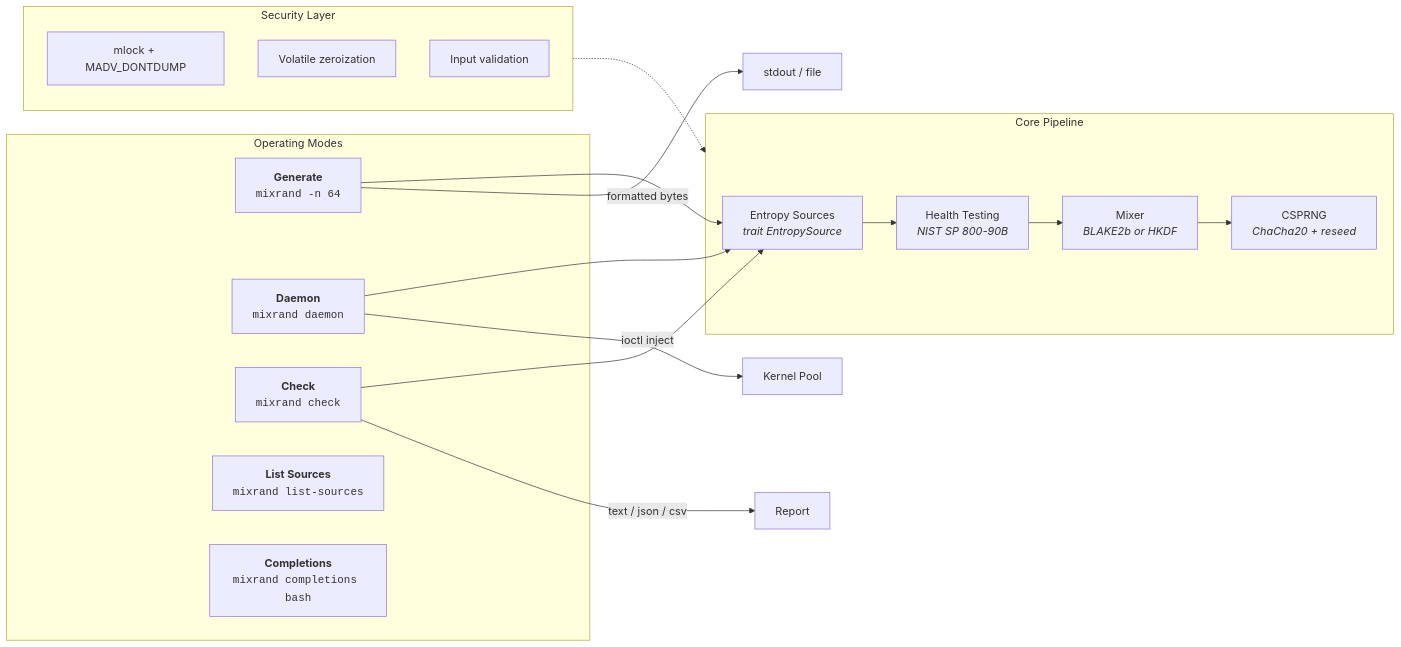
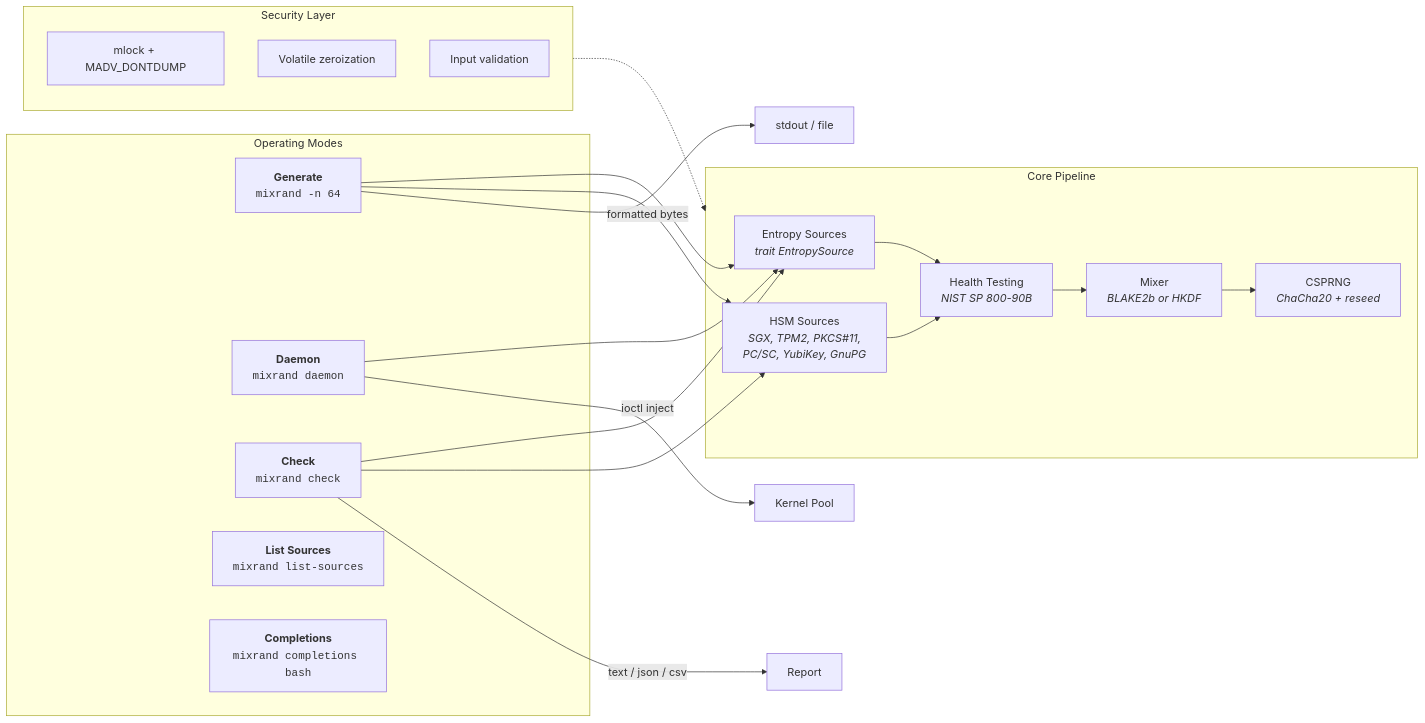
Before and after one commit to sonoransun/entropy-svc: the first of 12 diagrams in README.md, drawn with Mermaid. The commit also changed other lines of this file and 19 other files, not shown here.

````diff
--- a/README.md
+++ b/README.md
@@ -67,33 +91,37 @@
 ```mermaid
 flowchart LR
     subgraph Modes["Operating Modes"]
         A["<b>Generate</b><br/><code>mixrand -n 64</code>"]
         B["<b>Daemon</b><br/><code>mixrand daemon</code>"]
         C["<b>Check</b><br/><code>mixrand check</code>"]
         D["<b>List Sources</b><br/><code>mixrand list-sources</code>"]
         E["<b>Completions</b><br/><code>mixrand completions bash</code>"]
     end
 
     subgraph Core["Core Pipeline"]
         F["Entropy Sources<br/><i>trait EntropySource</i>"]
+        F2["HSM Sources<br/><i>SGX, TPM2, PKCS#11,<br/>PC/SC, YubiKey, GnuPG</i>"]
         G["Health Testing<br/><i>NIST SP 800-90B</i>"]
         H["Mixer<br/><i>BLAKE2b or HKDF</i>"]
         I["CSPRNG<br/><i>ChaCha20 + reseed</i>"]
     end
 
     subgraph Security["Security Layer"]
         J["mlock + MADV_DONTDUMP"]
         K["Volatile zeroization"]
         L["Input validation"]
     end
 
     A --> F
+    A --> F2
     B --> F
     C --> F
+    C --> F2
     F --> G --> H --> I
+    F2 --> G
     Security -.-> Core
 
     A -- "formatted bytes" --> M["stdout / file"]
     B -- "ioctl inject" --> N["Kernel Pool"]
     C -- "text / json / csv" --> O["Report"]
 ```
````
